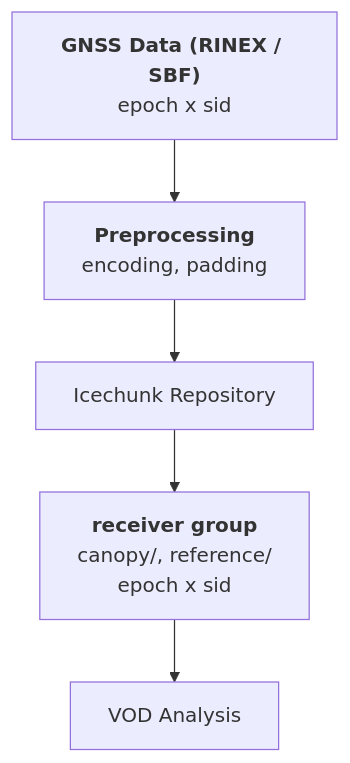
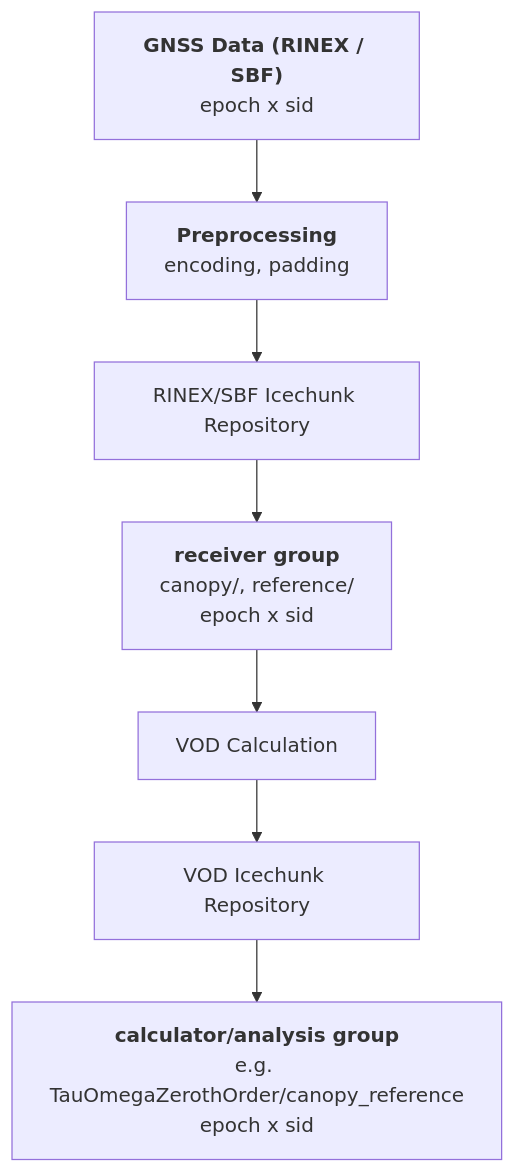
Before and after one commit to nfb2021/canvodpy: the diagram in docs/packages/store/overview.md, drawn with Mermaid. The commit also changed other lines of this file and 42 other files, not shown here.

````diff
--- a/docs/packages/store/overview.md
+++ b/docs/packages/store/overview.md
@@ -63,12 +65,16 @@
 ```mermaid
 graph TD
     A1["`**GNSS Data (RINEX / SBF)**
     epoch x sid`"]
     A1 --> B["`**Preprocessing**
     encoding, padding`"]
-    B --> C["Icechunk Repository"]
+    B --> C["RINEX/SBF Icechunk Repository"]
     C --> D1["`**receiver group**
     canopy/, reference/
     epoch x sid`"]
-    D1 --> E["VOD Analysis"]
+    D1 --> E["VOD Calculation"]
+    E --> F["VOD Icechunk Repository"]
+    F --> G["`**calculator/analysis group**
+    e.g. TauOmegaZerothOrder/canopy_reference
+    epoch x sid`"]
 ```
````
